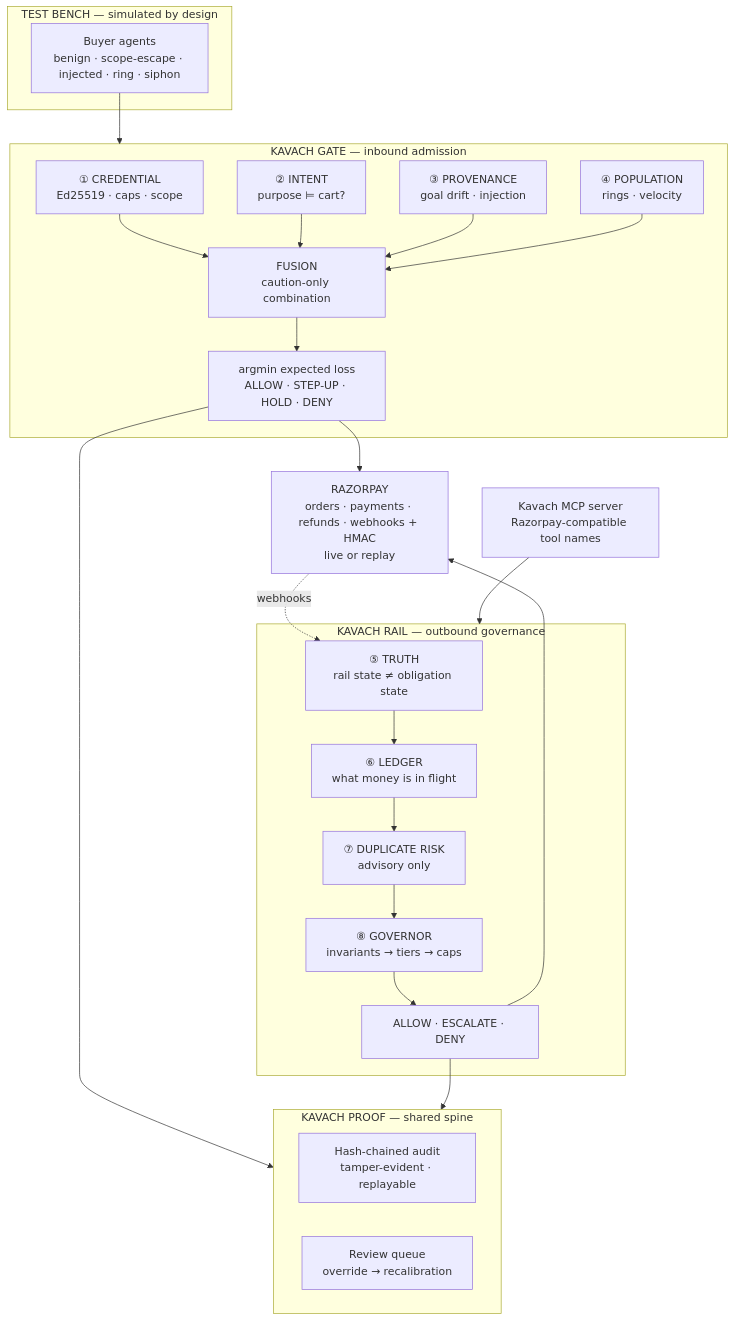
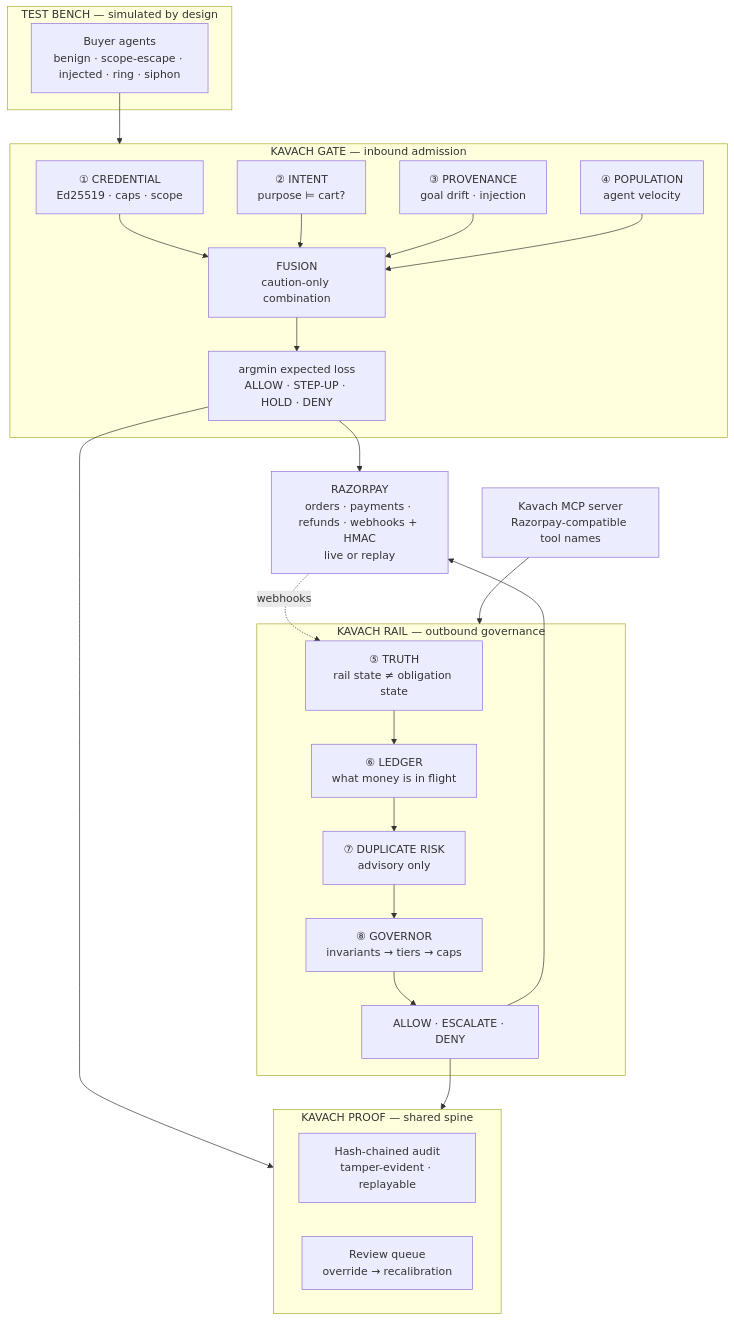
The diagram in README.md (DEEPESH-845/Kavach), drawn with Mermaid before and after one commit. The commit also changed other lines of this file and 14 other files, not shown here.

````diff
--- a/README.md
+++ b/README.md
@@ -300,39 +300,39 @@
 ```mermaid
 flowchart TB
     subgraph bench["TEST BENCH — simulated by design"]
         BA["Buyer agents<br/>benign · scope-escape · injected · ring · siphon"]
     end
 
     subgraph gate["KAVACH GATE — inbound admission"]
         P1["① CREDENTIAL<br/>Ed25519 · caps · scope"]
         P2["② INTENT<br/>purpose ⊨ cart?"]
         P3["③ PROVENANCE<br/>goal drift · injection"]
-        P4["④ POPULATION<br/>rings · velocity"]
+        P4["④ POPULATION<br/>agent velocity"]
         FUSE["FUSION<br/>caution-only combination"]
         DEC1["argmin expected loss<br/>ALLOW · STEP-UP · HOLD · DENY"]
     end
 
     subgraph rail["KAVACH RAIL — outbound governance"]
         T["⑤ TRUTH<br/>rail state ≠ obligation state"]
         L["⑥ LEDGER<br/>what money is in flight"]
         D["⑦ DUPLICATE RISK<br/>advisory only"]
         G["⑧ GOVERNOR<br/>invariants → tiers → caps"]
         DEC2["ALLOW · ESCALATE · DENY"]
     end
 
     subgraph proof["KAVACH PROOF — shared spine"]
         AC["Hash-chained audit<br/>tamper-evident · replayable"]
         RQ["Review queue<br/>override → recalibration"]
     end
 
     RZP["RAZORPAY<br/>orders · payments · refunds · webhooks + HMAC<br/>live or replay"]
     MCP["Kavach MCP server<br/>Razorpay-compatible tool names"]
 
     BA --> gate
     P1 & P2 & P3 & P4 --> FUSE --> DEC1
     MCP --> rail
     T --> L --> D --> G --> DEC2
     DEC1 & DEC2 --> RZP
     RZP -.webhooks.-> T
     DEC1 & DEC2 --> proof
 ```
````
